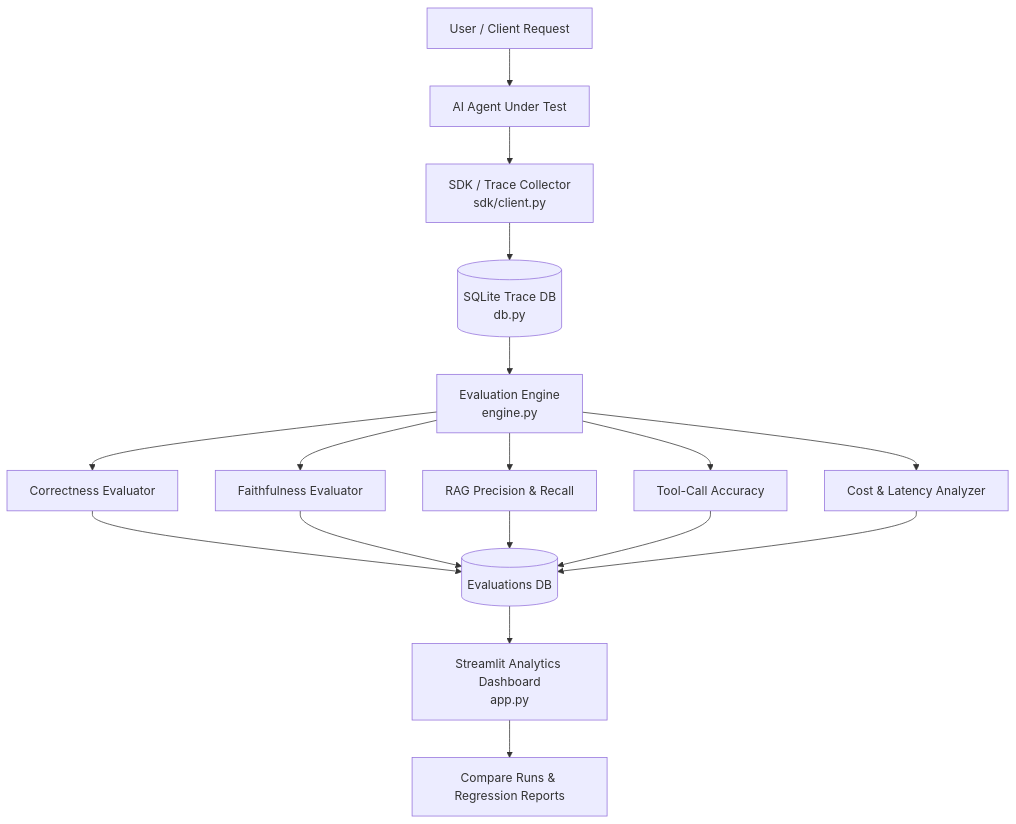
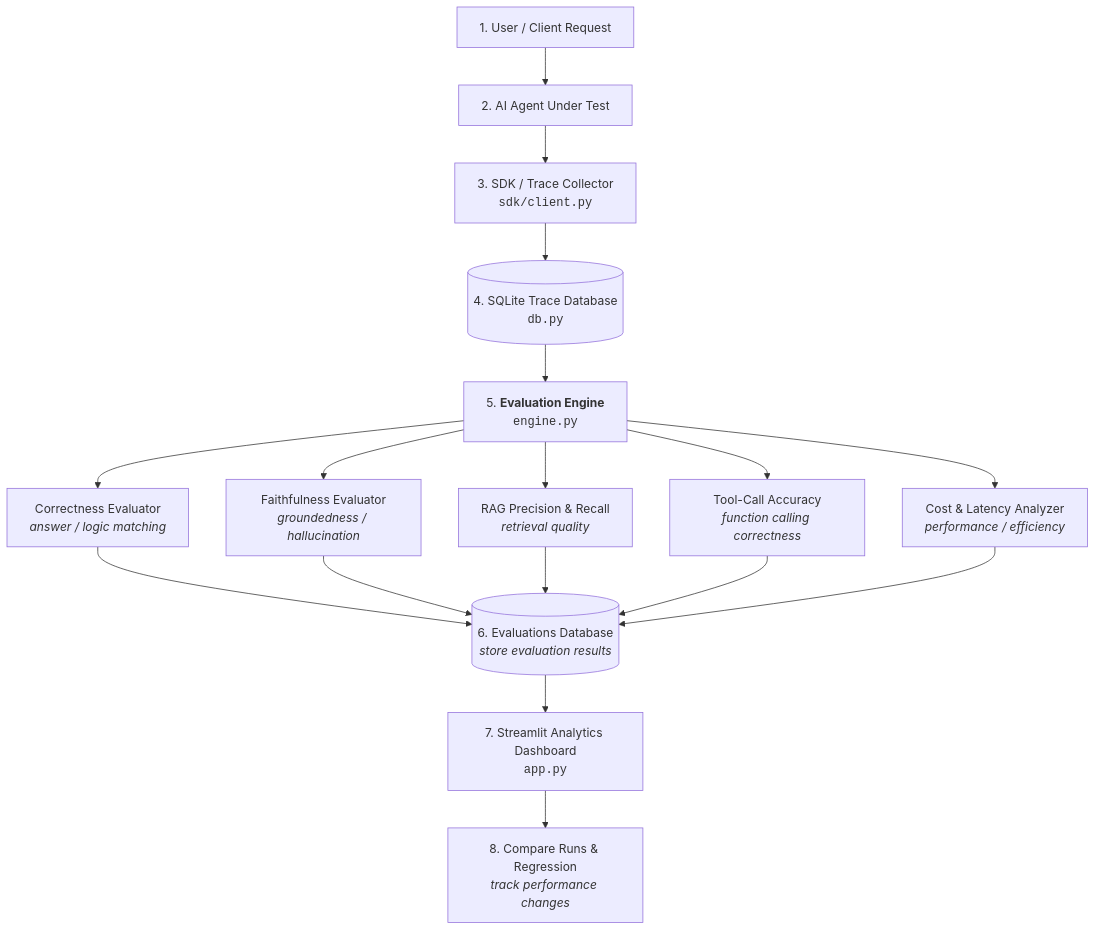
Before and after one commit to VimalN2005/AI-Agent-Evaluation-Reliability-Platform: the diagram in README.md, drawn with Mermaid. The commit also changed other lines of this file and 2 other files, not shown here.

Commit message:
docs: add 2D technical architecture diagram to README

````diff
--- a/README.md
+++ b/README.md
@@ -29,15 +33,15 @@
 ```mermaid
 flowchart TD
-    A[User / Client Request] --> B[AI Agent Under Test]
-    B --> C[SDK / Trace Collector\nsdk/client.py]
-    C --> D[(SQLite Trace DB\ndb.py)]
-    D --> E[Evaluation Engine\nengine.py]
-    E --> F1[Correctness Evaluator]
-    E --> F2[Faithfulness Evaluator]
-    E --> F3[RAG Precision & Recall]
-    E --> F4[Tool-Call Accuracy]
-    E --> F5[Cost & Latency Analyzer]
-    F1 & F2 & F3 & F4 & F5 --> G[(Evaluations DB)]
-    G --> H[Streamlit Analytics Dashboard\napp.py]
-    H --> I[Compare Runs & Regression Reports]
+    A[1. User / Client Request] --> B[2. AI Agent Under Test]
+    B --> C[3. SDK / Trace Collector<br/><code>sdk/client.py</code>]
+    C --> D[(4. SQLite Trace Database<br/><code>db.py</code>)]
+    D --> E[5. <b>Evaluation Engine</b><br/><code>engine.py</code>]
+    E --> F1[Correctness Evaluator<br/><i>answer / logic matching</i>]
+    E --> F2[Faithfulness Evaluator<br/><i>groundedness / hallucination</i>]
+    E --> F3[RAG Precision & Recall<br/><i>retrieval quality</i>]
+    E --> F4[Tool-Call Accuracy<br/><i>function calling correctness</i>]
+    E --> F5[Cost & Latency Analyzer<br/><i>performance / efficiency</i>]
+    F1 & F2 & F3 & F4 & F5 --> G[(6. Evaluations Database<br/><i>store evaluation results</i>)]
+    G --> H[7. Streamlit Analytics Dashboard<br/><code>app.py</code>]
+    H --> I[8. Compare Runs & Regression<br/><i>track performance changes</i>]
 ```
````
